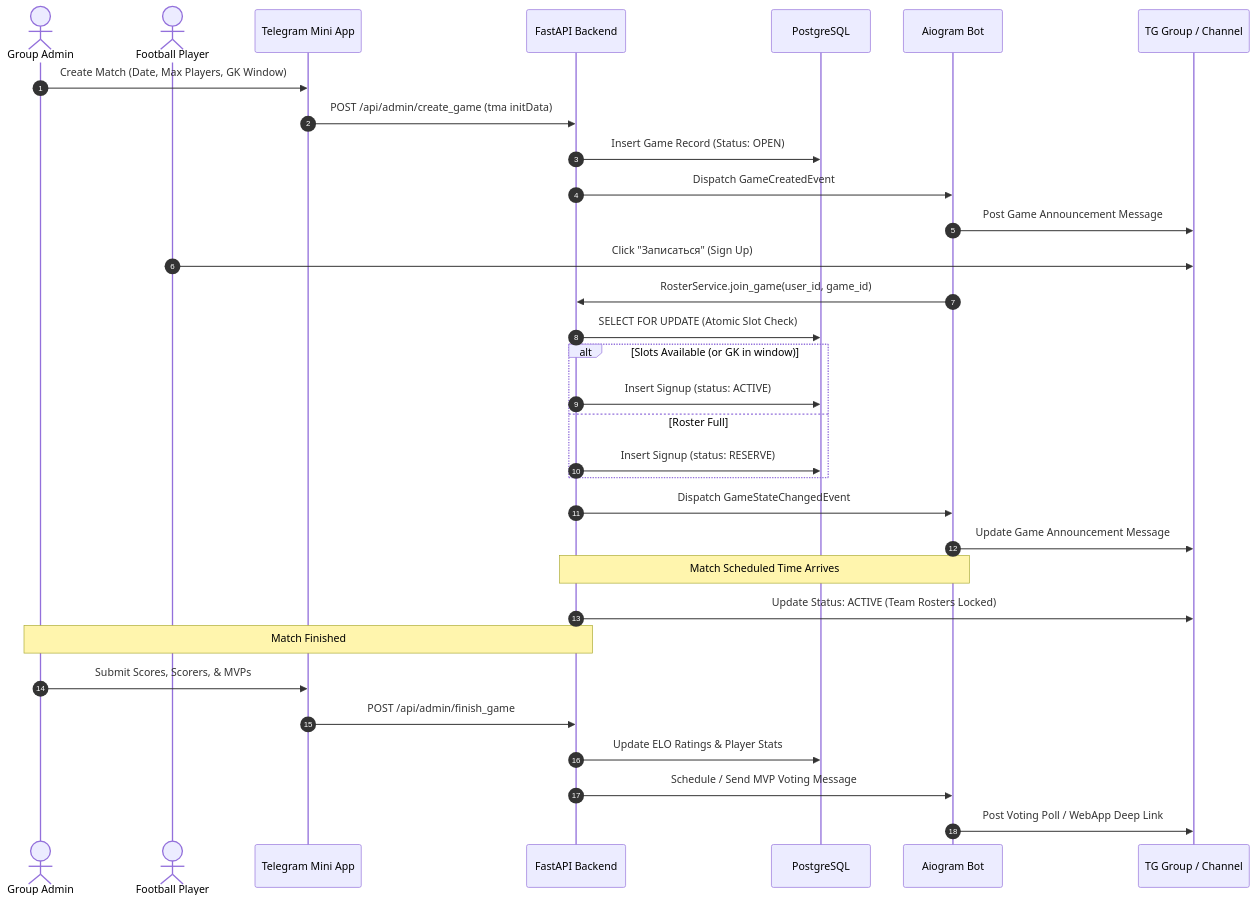
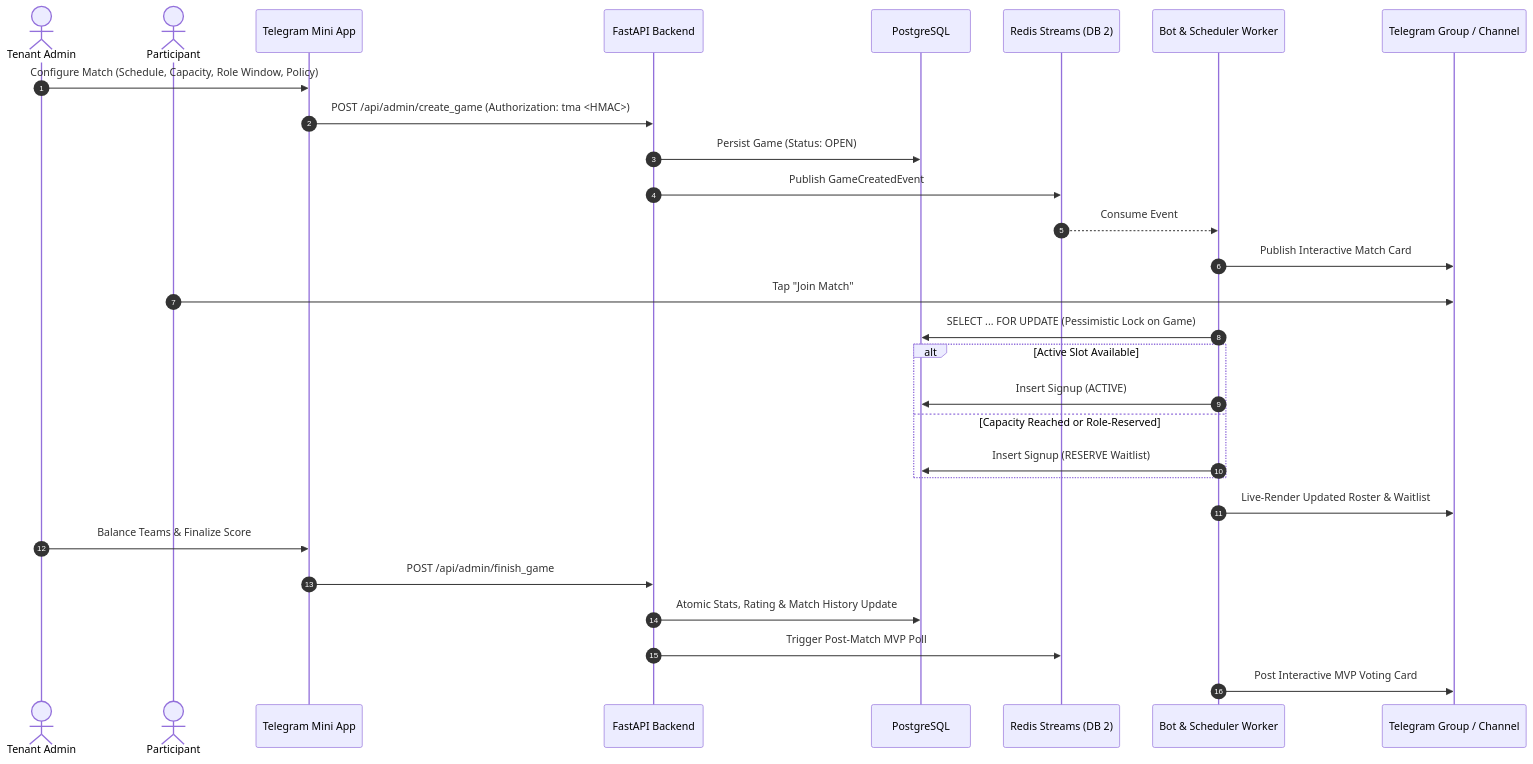
Before and after one commit to yeronymus/football-manager: the second of 3 diagrams in README.md, drawn with Mermaid. The commit also changed other lines of this file and 50 other files, not shown here.

````diff
--- a/README.md
+++ b/README.md
@@ -110,38 +74,34 @@
 ```mermaid
 sequenceDiagram
     autonumber
-    actor Admin as Group Admin
-    actor Player as Football Player
+    actor Admin as Tenant Admin
+    actor Player as Participant
     participant WebApp as Telegram Mini App
     participant API as FastAPI Backend
     participant DB as PostgreSQL
-    participant Bot as Aiogram Bot
-    participant Channel as TG Group / Channel
+    participant Stream as Redis Streams (DB 2)
+    participant Worker as Bot & Scheduler Worker
+    participant Chat as Telegram Group / Channel
 
-    Admin->>WebApp: Create Match (Date, Max Players, GK Window)
-    WebApp->>API: POST /api/admin/create_game (tma initData)
-    API->>DB: Insert Game Record (Status: OPEN)
-    API->>Bot: Dispatch GameCreatedEvent
-    Bot->>Channel: Post Game Announcement Message
-    
-    Player->>Channel: Click "Записаться" (Sign Up)
-    Bot->>API: RosterService.join_game(user_id, game_id)
-    API->>DB: SELECT FOR UPDATE (Atomic Slot Check)
-    alt Slots Available (or GK in window)
-        API->>DB: Insert Signup (status: ACTIVE)
-    else Roster Full
-        API->>DB: Insert Signup (status: RESERVE)
+    Admin->>WebApp: Configure Match (Schedule, Capacity, Role Window, Policy)
+    WebApp->>API: POST /api/admin/create_game (Authorization: tma <HMAC>)
+    API->>DB: Persist Game (Status: OPEN)
+    API->>Stream: Publish GameCreatedEvent
+    Stream-->>Worker: Consume Event
+    Worker->>Chat: Publish Interactive Match Card
+
+    Player->>Chat: Tap "Join Match"
+    Worker->>DB: SELECT ... FOR UPDATE (Pessimistic Lock on Game)
+    alt Active Slot Available
+        Worker->>DB: Insert Signup (ACTIVE)
+    else Capacity Reached or Role-Reserved
+        Worker->>DB: Insert Signup (RESERVE Waitlist)
     end
-    API->>Bot: Dispatch GameStateChangedEvent
-    Bot->>Channel: Update Game Announcement Message
+    Worker->>Chat: Live-Render Updated Roster & Waitlist
 
-    Note over API,Bot: Match Scheduled Time Arrives
-    API->>Channel: Update Status: ACTIVE (Team Rosters Locked)
-    
-    Note over Admin,API: Match Finished
-    Admin->>WebApp: Submit Scores, Scorers, & MVPs
+    Admin->>WebApp: Balance Teams & Finalize Score
     WebApp->>API: POST /api/admin/finish_game
-    API->>DB: Update ELO Ratings & Player Stats
-    API->>Bot: Schedule / Send MVP Voting Message
-    Bot->>Channel: Post Voting Poll / WebApp Deep Link
+    API->>DB: Atomic Stats, Rating & Match History Update
+    API->>Stream: Trigger Post-Match MVP Poll
+    Worker->>Chat: Post Interactive MVP Voting Card
 ```
````
